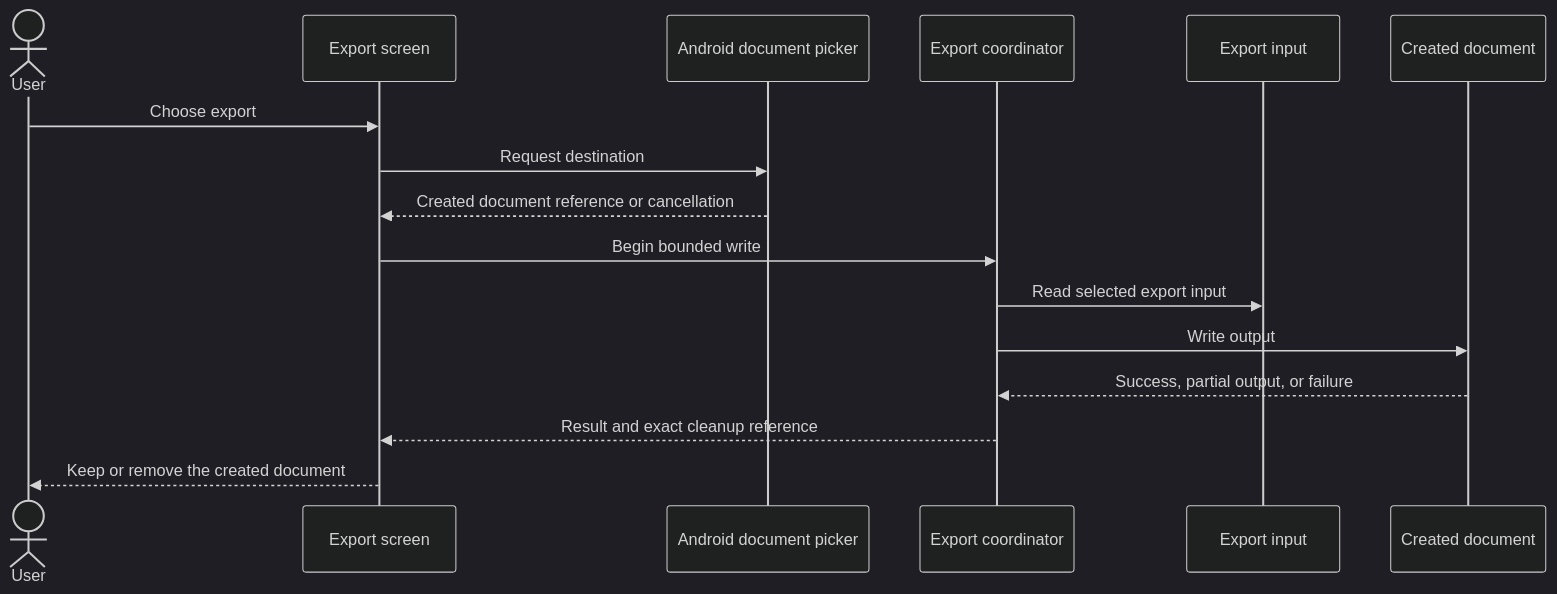
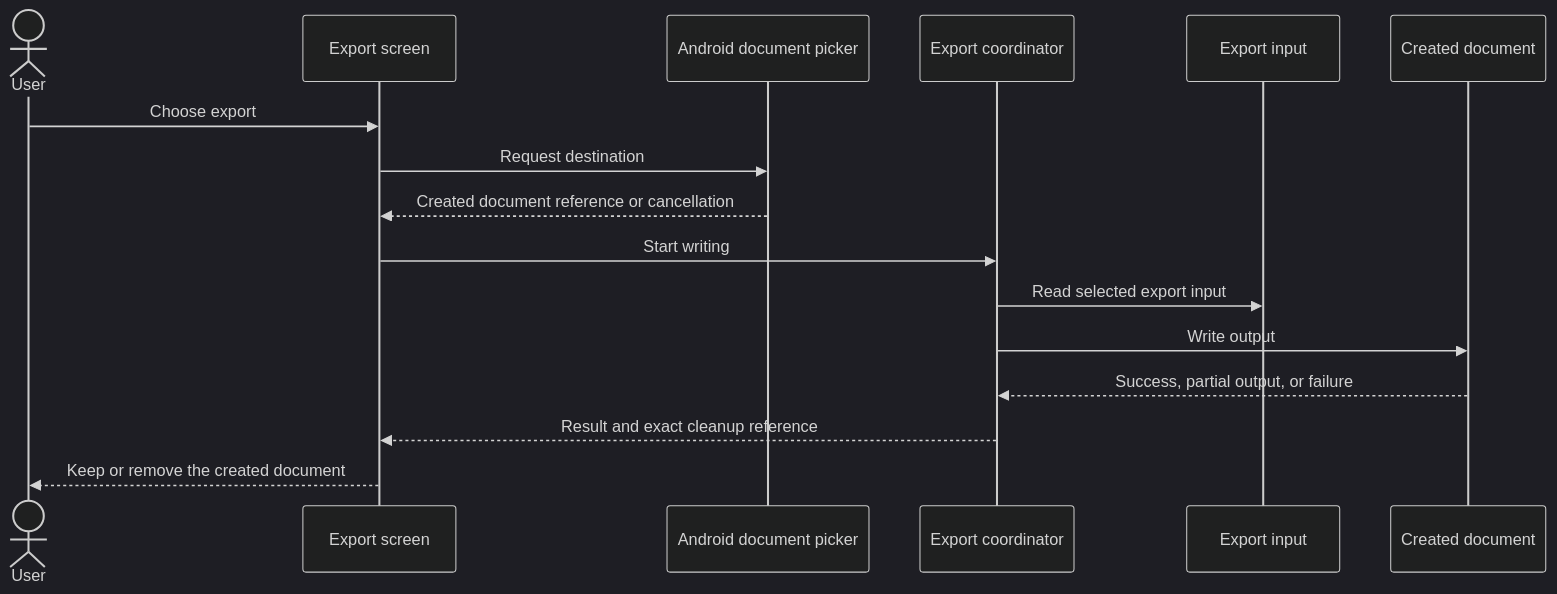
The first of 4 diagrams in docs/kmk/diagrams/export-and-evidence.md (FancyCorey/komikku-KMK), drawn with Mermaid (dark theme) before and after one commit. The commit also changed other lines of this file and 23 other files, not shown here.

````diff
--- a/docs/kmk/diagrams/export-and-evidence.md
+++ b/docs/kmk/diagrams/export-and-evidence.md
@@ -7,19 +7,19 @@
 ```mermaid
 sequenceDiagram
     actor User
     participant Screen as Export screen
     participant Picker as Android document picker
     participant Exporter as Export coordinator
     participant Source as Export input
     participant Document as Created document
 
     User->>Screen: Choose export
     Screen->>Picker: Request destination
     Picker-->>Screen: Created document reference or cancellation
-    Screen->>Exporter: Begin bounded write
+    Screen->>Exporter: Start writing
     Exporter->>Source: Read selected export input
     Exporter->>Document: Write output
     Document-->>Exporter: Success, partial output, or failure
     Exporter-->>Screen: Result and exact cleanup reference
     Screen-->>User: Keep or remove the created document
 ```
````
